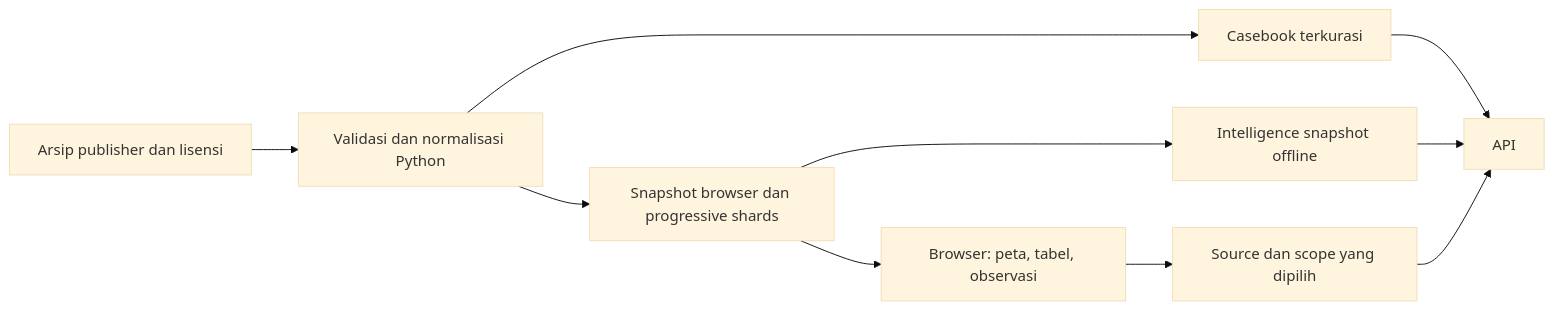
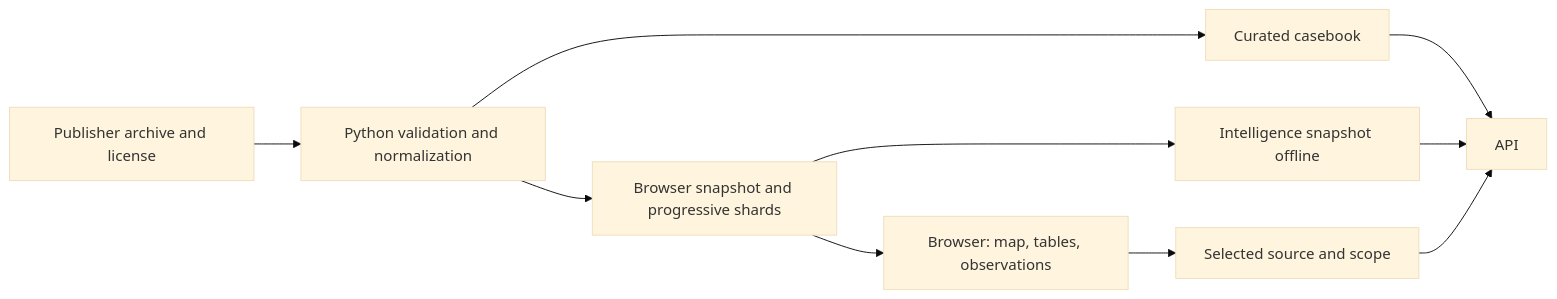
The first of 2 diagrams in docs/architecture/data-flow.md (AndroLay/MethaneResponse), drawn with Mermaid (base theme) before and after one commit. The commit also changed other lines of this file and 127 other files, not shown here.

````diff
--- a/docs/architecture/data-flow.md
+++ b/docs/architecture/data-flow.md
@@ -9,12 +9,12 @@
 ```mermaid
 flowchart LR
-  A[Arsip publisher dan lisensi] --> B[Validasi dan normalisasi Python]
-  B --> C[Snapshot browser dan progressive shards]
-  B --> D[Casebook terkurasi]
+  A[Publisher archive and license] --> B[Python validation and normalization]
+  B --> C[Browser snapshot and progressive shards]
+  B --> D[Curated casebook]
   C --> E[Intelligence snapshot offline]
-  C --> F[Browser: peta, tabel, observasi]
+  C --> F[Browser: map, tables, observations]
   D --> G[API]
   E --> G
-  F --> H[Source dan scope yang dipilih]
+  F --> H[Selected source and scope]
   H --> G
 ```
````
